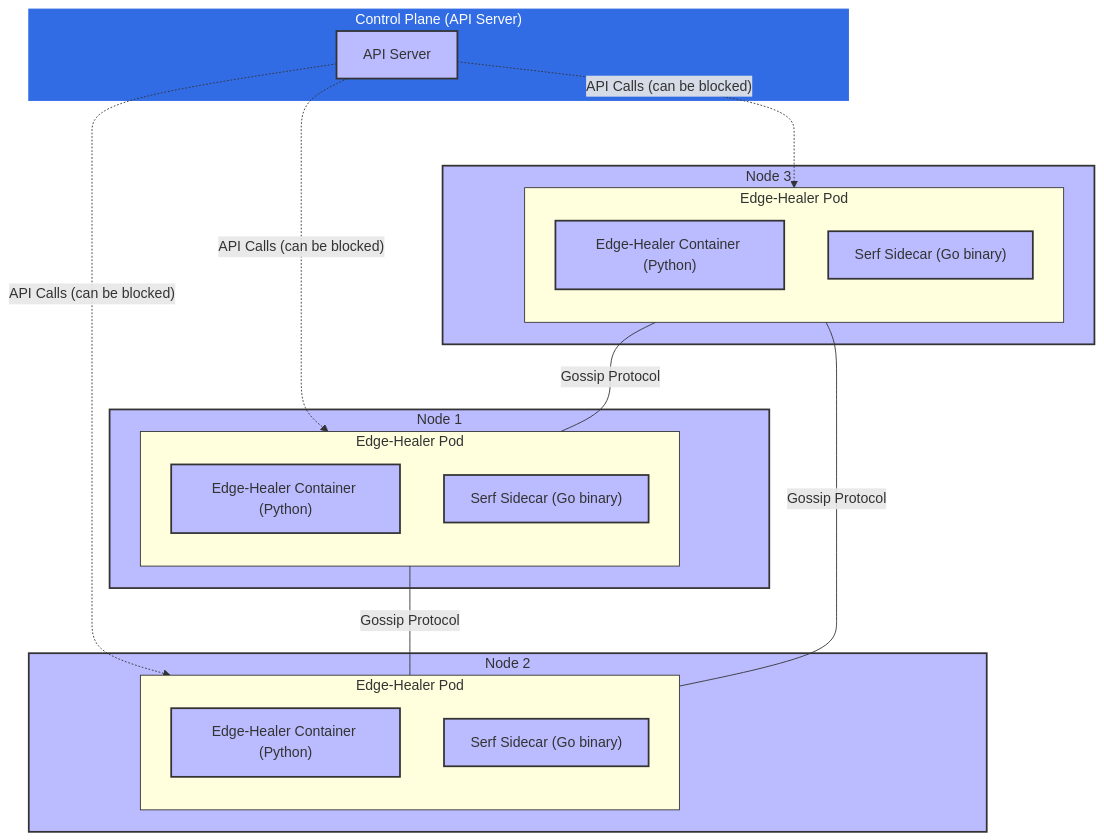
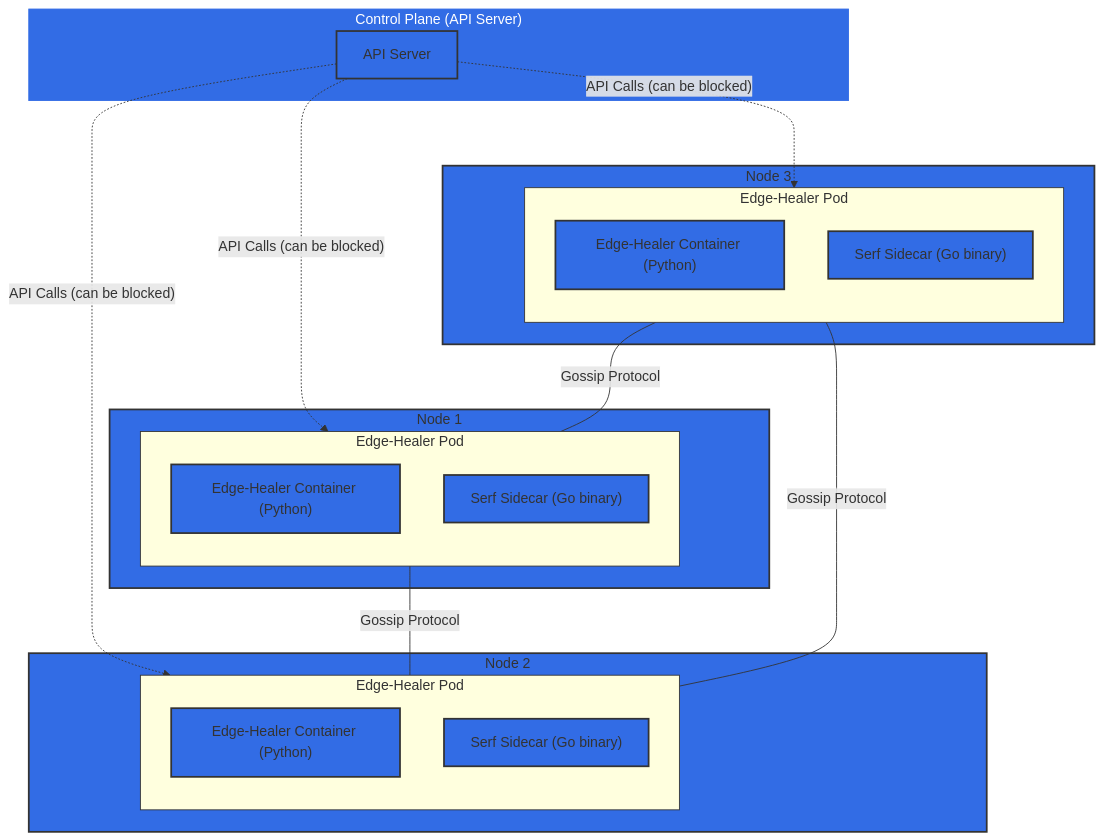
Before and after one commit to dlamagna/kubernetes-edge-healer: the first of 2 diagrams in README.md, drawn with Mermaid.

````diff
--- a/README.md
+++ b/README.md
@@ -22,49 +22,49 @@
 ```mermaid
 flowchart TB
     subgraph Control_Plane["Control Plane (API Server)"]
         style Control_Plane fill:#326ce5,stroke:#326ce5,color:#fff
         CP["API Server"]
     end
 
     subgraph Node1["Node 1"]
         subgraph Pod1["Edge-Healer Pod"]
             direction TB
             C1["Edge-Healer Container (Python)"]
             S1["Serf Sidecar (Go binary)"]
         end
     end
 
     subgraph Node2["Node 2"]
         subgraph Pod2["Edge-Healer Pod"]
             direction TB
             C2["Edge-Healer Container (Python)"]
             S2["Serf Sidecar (Go binary)"]
         end
     end
 
     subgraph Node3["Node 3"]
         subgraph Pod3["Edge-Healer Pod"]
             direction TB
             C3["Edge-Healer Container (Python)"]
             S3["Serf Sidecar (Go binary)"]
         end
     end
 
     %% Control Plane connections (dashed to show it can be cut off)
     CP -.->|"API Calls (can be blocked)"| Pod1
     CP -.->|"API Calls (can be blocked)"| Pod2
     CP -.->|"API Calls (can be blocked)"| Pod3
 
     %% Serf gossip network (solid lines to show it's always active)
     S1 ---|"Gossip Protocol"| S2
     S2 ---|"Gossip Protocol"| S3
     S3 ---|"Gossip Protocol"| S1
 
     %% Layout hints
-    classDef node fill:#bbf,stroke:#333,stroke-width:2px
+    classDef node fill:#326ce5,stroke:#333,stroke-width:2px
     classDef pod stroke:#333,stroke-width:1px
-    classDef control fill:#326ce5,stroke:#326ce5,color:#fff
+    classDef control stroke:#326ce5,color:#fff
     class Node1,Node2,Node3 node
     class Pod1,Pod2,Pod3 pod
     class Control_Plane control
 ```
````
